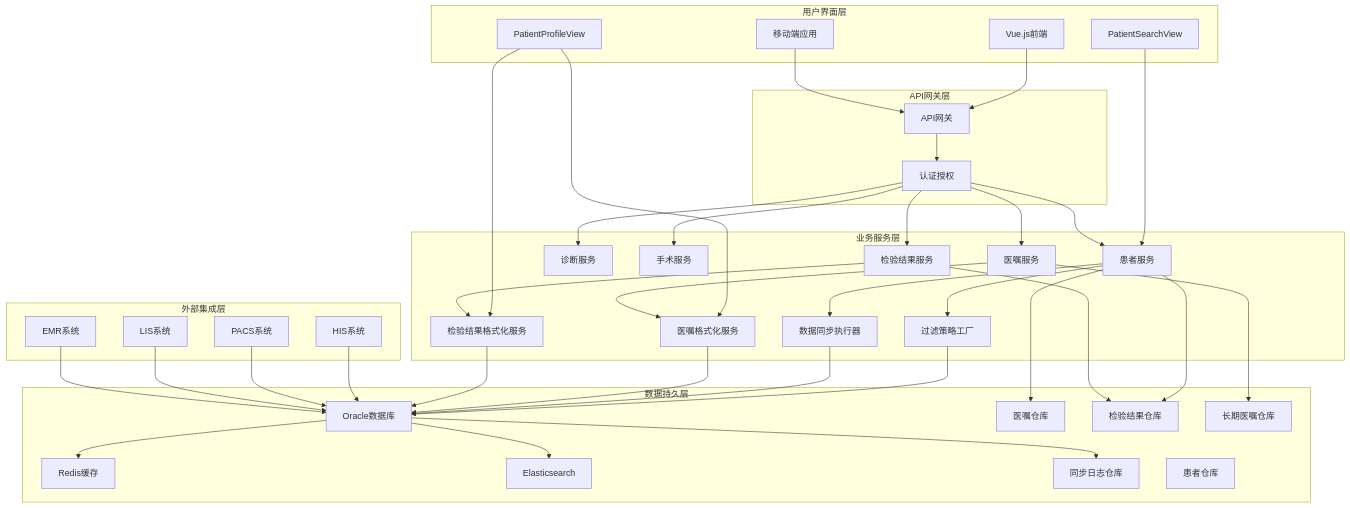
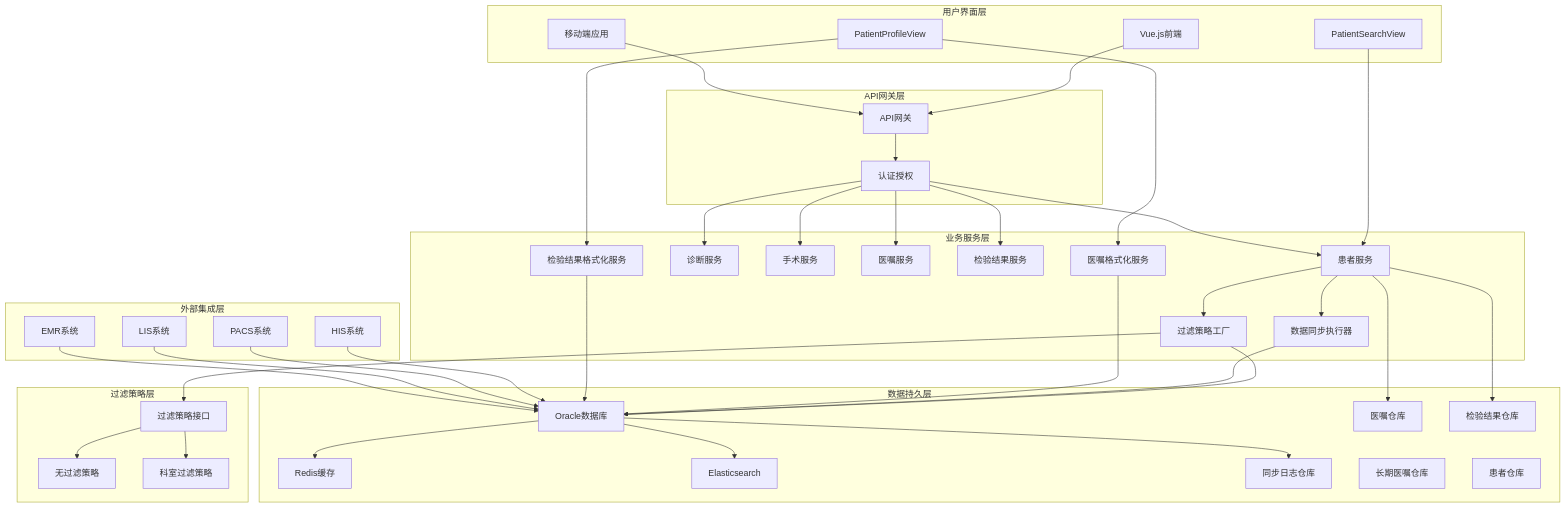
Before and after one commit to liuzh2008/med_ai_assistant_workspace: the second of 22 diagrams in .qoder/repowiki/zh/content/Patient Data Management.md, drawn with Mermaid. The commit also changed other lines of this file and 5 other files, not shown here.

````diff
--- a/.qoder/repowiki/zh/content/Patient Data Management.md
+++ b/.qoder/repowiki/zh/content/Patient Data Management.md
@@ -243,70 +276,74 @@
 ```mermaid
 graph TB
 subgraph "用户界面层"
 Vue[Vue.js前端]
 Mobile[移动端应用]
 PSV[PatientSearchView]
 PPV[PatientProfileView]
 end
 subgraph "API网关层"
 Gateway[API网关]
 Auth[认证授权]
 end
 subgraph "业务服务层"
 PatientService[患者服务]
 DiagnosisService[诊断服务]
 SurgeryService[手术服务]
 OrderService[医嘱服务]
 LabResultService[检验结果服务]
 PatientFilterStrategyFactory[过滤策略工厂]
 DataSyncExecutor[数据同步执行器]
 OrderFormatService[医嘱格式化服务]
 LabResultFormatService[检验结果格式化服务]
+end
+subgraph "过滤策略层"
+PatientFilterStrategy[过滤策略接口]
+NoFilterStrategy[无过滤策略]
+DepartmentOnlyFilterStrategy[科室过滤策略]
 end
 subgraph "数据持久层"
 Database[Oracle数据库]
 Cache[Redis缓存]
 ES[Elasticsearch]
 SyncLogRepository[同步日志仓库]
 OrderRepository[医嘱仓库]
 LabResultRepository[检验结果仓库]
 LongTermOrderRepository[长期医嘱仓库]
 PatientRepository[患者仓库]
 end
 subgraph "外部集成层"
 HIS[HIS系统]
 PACS[PACS系统]
 LIS[LIS系统]
 EMR[EMR系统]
 end
 PSV --> PatientService
 PPV --> OrderFormatService
 PPV --> LabResultFormatService
 Vue --> Gateway
 Mobile --> Gateway
 Gateway --> Auth
 Auth --> PatientService
 Auth --> DiagnosisService
 Auth --> SurgeryService
 Auth --> OrderService
 Auth --> LabResultService
 PatientService --> PatientFilterStrategyFactory
 PatientService --> DataSyncExecutor
 PatientService --> OrderRepository
 PatientService --> LabResultRepository
-OrderService --> OrderFormatService
-OrderService --> LongTermOrderRepository
-LabResultService --> LabResultFormatService
-LabResultService --> LabResultRepository
+PatientFilterStrategyFactory --> PatientFilterStrategy
+PatientFilterStrategy --> NoFilterStrategy
+PatientFilterStrategy --> DepartmentOnlyFilterStrategy
 PatientFilterStrategyFactory --> Database
 DataSyncExecutor --> Database
 OrderFormatService --> Database
 LabResultFormatService --> Database
 Database --> Cache
 Database --> ES
 Database --> SyncLogRepository
 HIS --> Database
 PACS --> Database
 LIS --> Database
 EMR --> Database
 ```
````
